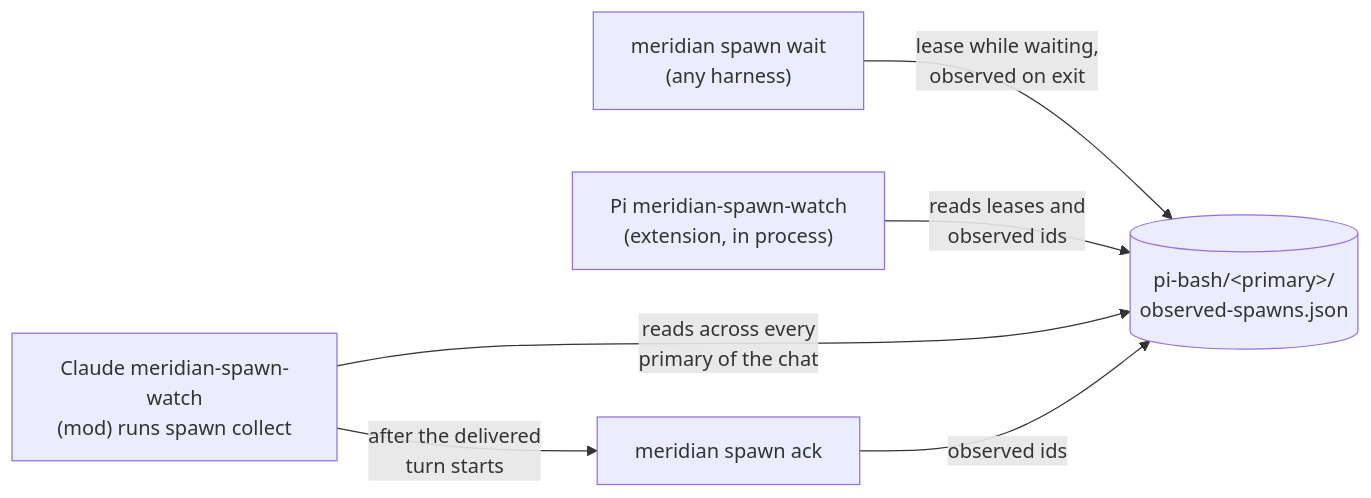
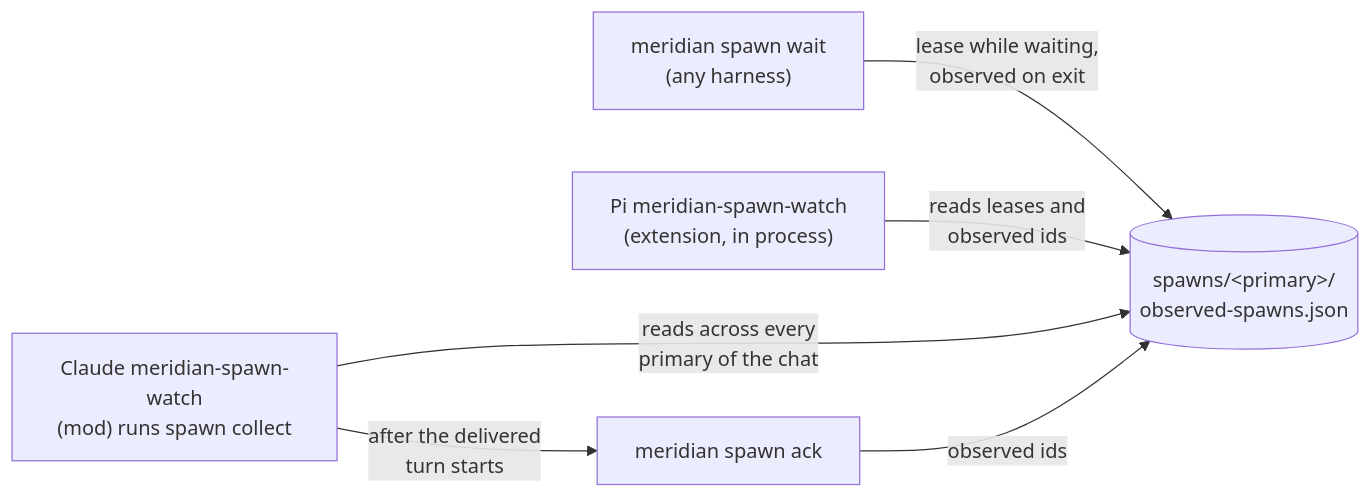
The first of 2 diagrams in kb/concepts/child-result-delivery.md (haowjy/meridian-cli-kb), drawn with Mermaid before and after one commit. The commit also changed other lines of this file and 7 other files, not shown here.

````diff
--- a/kb/concepts/child-result-delivery.md
+++ b/kb/concepts/child-result-delivery.md
@@ -14,13 +15,13 @@
 ```mermaid
 flowchart LR
     W["meridian spawn wait<br/>(any harness)"]
     P["Pi meridian-spawn-watch<br/>(extension, in process)"]
     C["Claude meridian-spawn-watch<br/>(mod) runs spawn collect"]
     A["meridian spawn ack"]
-    O[("pi-bash/&lt;primary&gt;/<br/>observed-spawns.json")]
+    O[("spawns/&lt;primary&gt;/<br/>observed-spawns.json")]
     W -- "lease while waiting,<br/>observed on exit" --> O
     P -- "reads leases and<br/>observed ids" --> O
     C -- "reads across every<br/>primary of the chat" --> O
     C -- "after the delivered<br/>turn starts" --> A
     A -- "observed ids" --> O
 ```
````
